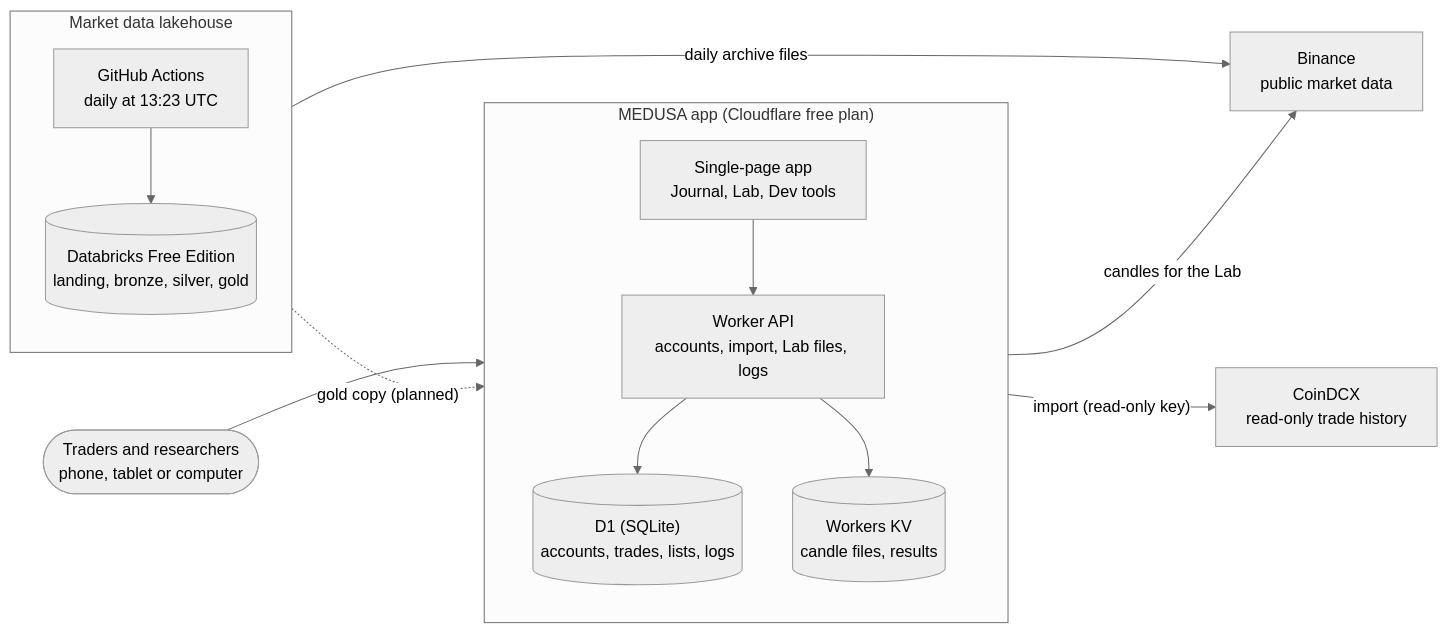
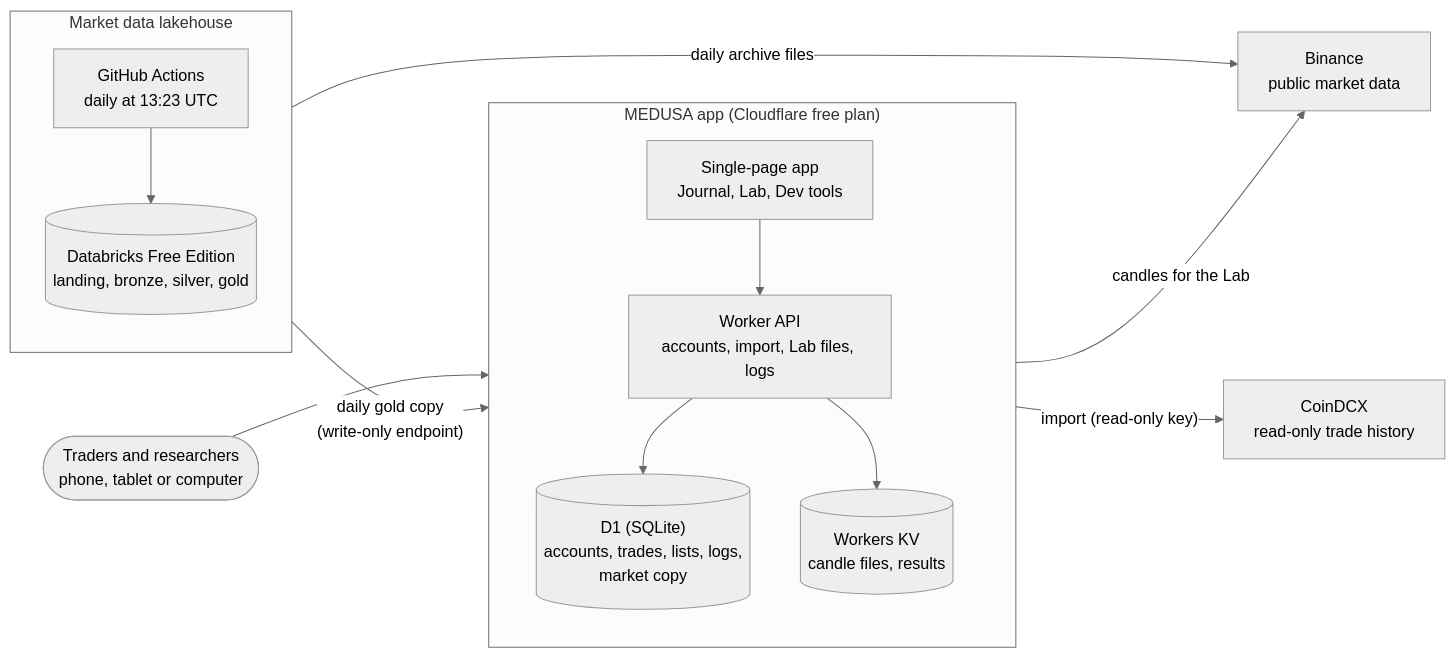
One commit to shivam65-sketch/medusa changed the diagram in docs/diagrams/system-context.mmd. Above: the diagram before and after it, drawn with Mermaid. The commit also changed 23 other files, not shown here.

Commit message:
Docs: steps 23-24 (serving tables, publish job), ADR-024, updated diagrams

```diff
--- a/docs/diagrams/system-context.mmd
+++ b/docs/diagrams/system-context.mmd
@@ -1,26 +1,26 @@
 %%{init: {"theme": "neutral"}}%%
 flowchart LR
   U(["Traders and researchers<br>phone, tablet or computer"])
   subgraph APP["MEDUSA app (Cloudflare free plan)"]
     direction TB
     FE["Single-page app<br>Journal, Lab, Dev tools"]
     API["Worker API<br>accounts, import, Lab files, logs"]
-    DB[("D1 (SQLite)<br>accounts, trades, lists, logs")]
+    DB[("D1 (SQLite)<br>accounts, trades, lists, logs,<br>market copy")]
     KV[("Workers KV<br>candle files, results")]
     FE --> API
     API --> DB
     API --> KV
   end
   subgraph LH["Market data lakehouse"]
     direction TB
     GA["GitHub Actions<br>daily at 13:23 UTC"]
     DBX[("Databricks Free Edition<br>landing, bronze, silver, gold")]
     GA --> DBX
   end
   CDX["CoinDCX<br>read-only trade history"]
   BIN["Binance<br>public market data"]
   U --> FE
   API -->|"import (read-only key)"| CDX
   FE -->|"candles for the Lab"| BIN
   GA -->|"daily archive files"| BIN
-  DBX -.->|"gold copy (planned)"| DB
+  GA -->|"daily gold copy<br>(write-only endpoint)"| API
```
